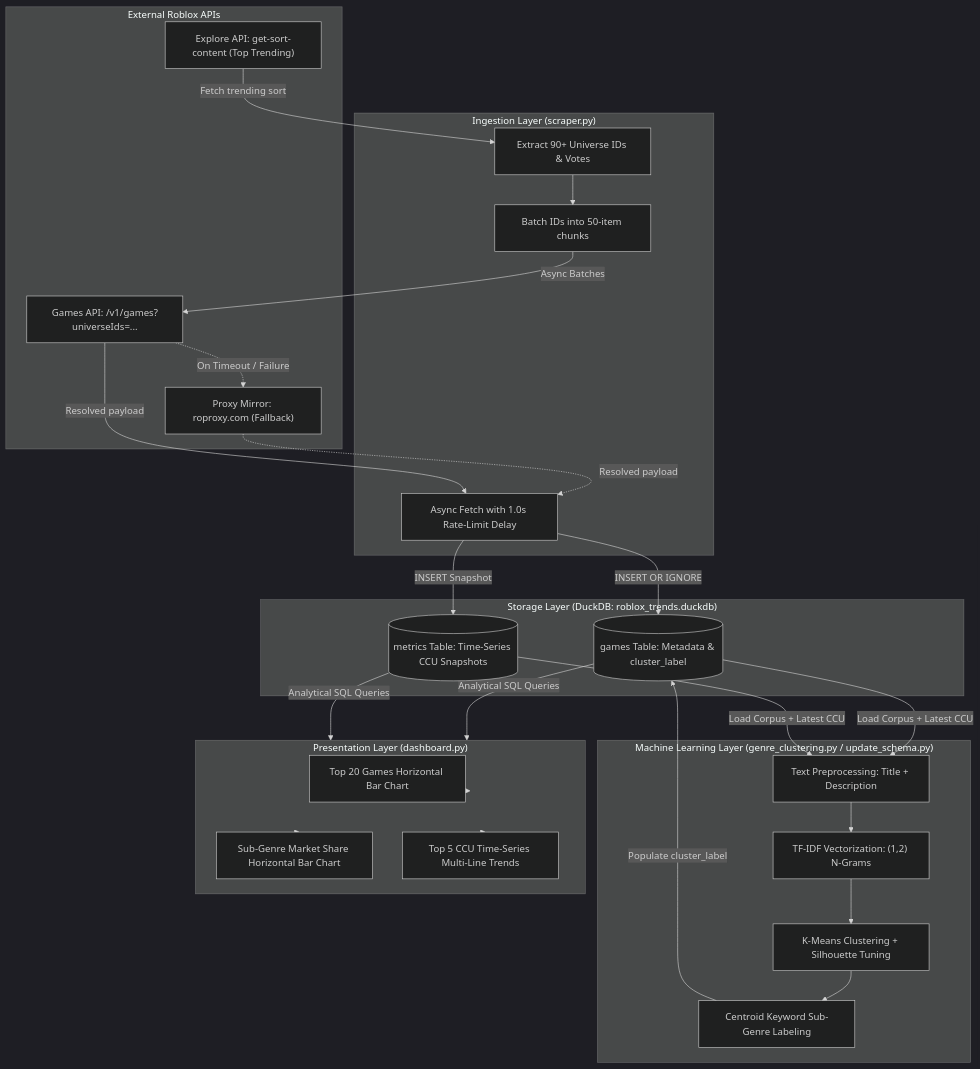
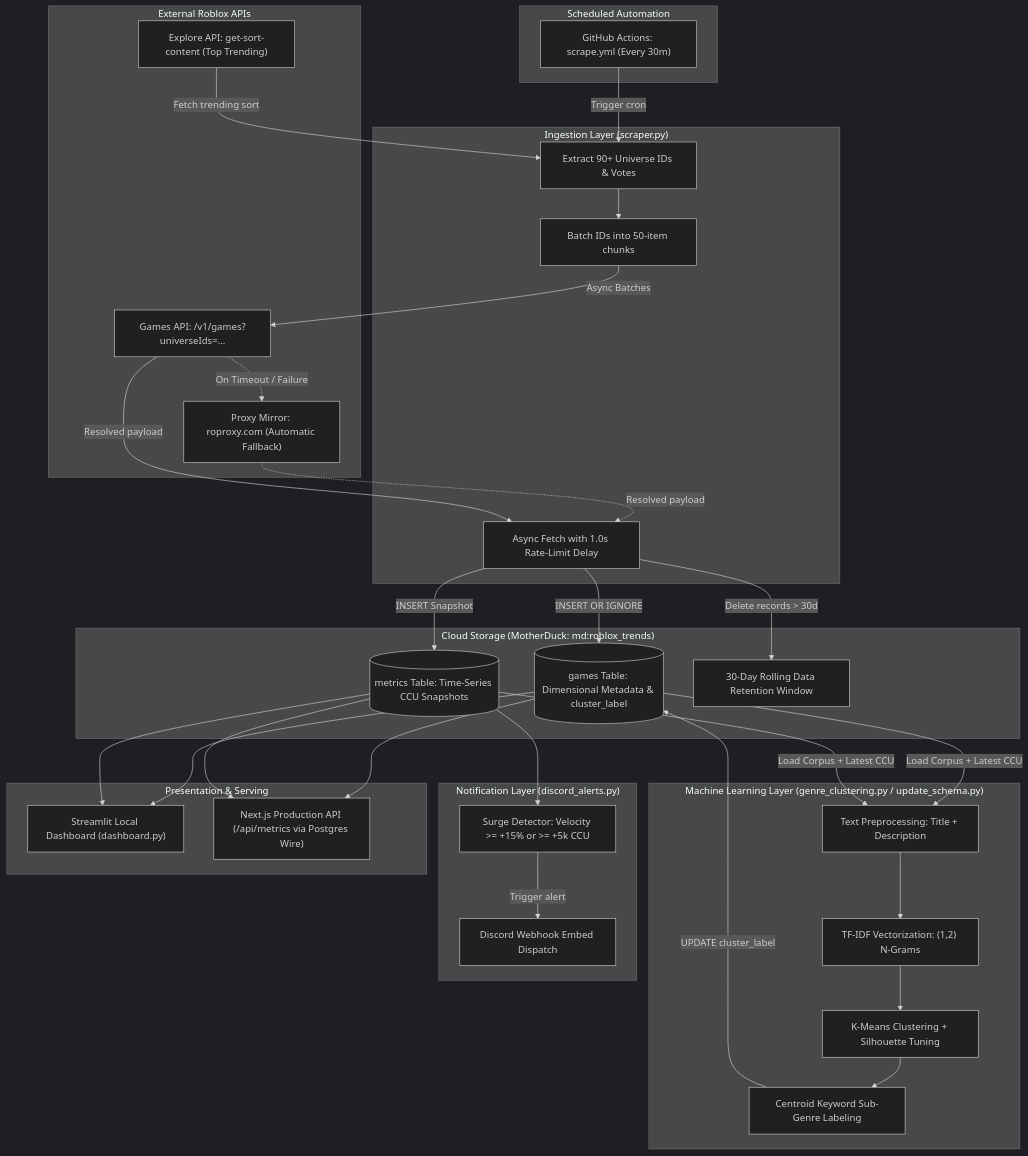
One commit to BinongoIsrael/roblox-trend-tracker changed the first of 2 diagrams in backend/README.md. Above: the diagram before and after it, drawn with Mermaid (dark theme). The commit also changed other lines of this file and 2 other files, not shown here.

````diff
--- a/backend/README.md
+++ b/backend/README.md
@@ -28,48 +30,59 @@
 ```mermaid
 flowchart TD
     subgraph External["External Roblox APIs"]
         E1["Explore API: get-sort-content (Top Trending)"]
         E2["Games API: /v1/games?universeIds=..."]
-        P1["Proxy Mirror: roproxy.com (Fallback)"]
+        P1["Proxy Mirror: roproxy.com (Automatic Fallback)"]
+    end
+
+    subgraph Automation["Scheduled Automation"]
+        GA["GitHub Actions: scrape.yml (Every 30m)"]
     end
 
     subgraph Ingestion["Ingestion Layer (scraper.py)"]
         S1["Extract 90+ Universe IDs & Votes"]
         S2["Batch IDs into 50-item chunks"]
         S3["Async Fetch with 1.0s Rate-Limit Delay"]
     end
 
-    subgraph Storage["Storage Layer (DuckDB: roblox_trends.duckdb)"]
-        T1[("games Table: Metadata & cluster_label")]
+    subgraph Storage["Cloud Storage (MotherDuck: md:roblox_trends)"]
+        T1[("games Table: Dimensional Metadata & cluster_label")]
         T2[("metrics Table: Time-Series CCU Snapshots")]
+        RET["30-Day Rolling Data Retention Window"]
     end
 
     subgraph ML["Machine Learning Layer (genre_clustering.py / update_schema.py)"]
         M1["Text Preprocessing: Title + Description"]
         M2["TF-IDF Vectorization: (1,2) N-Grams"]
         M3["K-Means Clustering + Silhouette Tuning"]
         M4["Centroid Keyword Sub-Genre Labeling"]
     end
 
-    subgraph Analytics["Presentation Layer (dashboard.py)"]
-        D1["Top 20 Games Horizontal Bar Chart"]
-        D2["Sub-Genre Market Share Horizontal Bar Chart"]
-        D3["Top 5 CCU Time-Series Multi-Line Trends"]
+    subgraph Alerts["Notification Layer (discord_alerts.py)"]
+        A1["Surge Detector: Velocity >= +15% or >= +5k CCU"]
+        A2["Discord Webhook Embed Dispatch"]
     end
 
+    subgraph Presentation["Presentation & Serving"]
+        ST["Streamlit Local Dashboard (dashboard.py)"]
+        API["Next.js Production API (/api/metrics via Postgres Wire)"]
+    end
+
+    GA -->|Trigger cron| S1
     E1 -->|Fetch trending sort| S1
     S1 --> S2
     S2 -->|Async Batches| E2
     E2 -.->|On Timeout / Failure| P1
     P1 -.->|Resolved payload| S3
     E2 -->|Resolved payload| S3
     S3 -->|"INSERT OR IGNORE"| T1
     S3 -->|"INSERT Snapshot"| T2
+    S3 -->|Delete records > 30d| RET
     T1 & T2 -->|Load Corpus + Latest CCU| M1
     M1 --> M2 --> M3 --> M4
-    M4 -->|Populate cluster_label| T1
-    T1 & T2 -->|Analytical SQL Queries| Analytics
-    Analytics --> D1
-    Analytics --> D2
-    Analytics --> D3
+    M4 -->|UPDATE cluster_label| T1
+    T2 --> A1
+    A1 -->|Trigger alert| A2
+    T1 & T2 --> ST
+    T1 & T2 --> API
 ```
````
